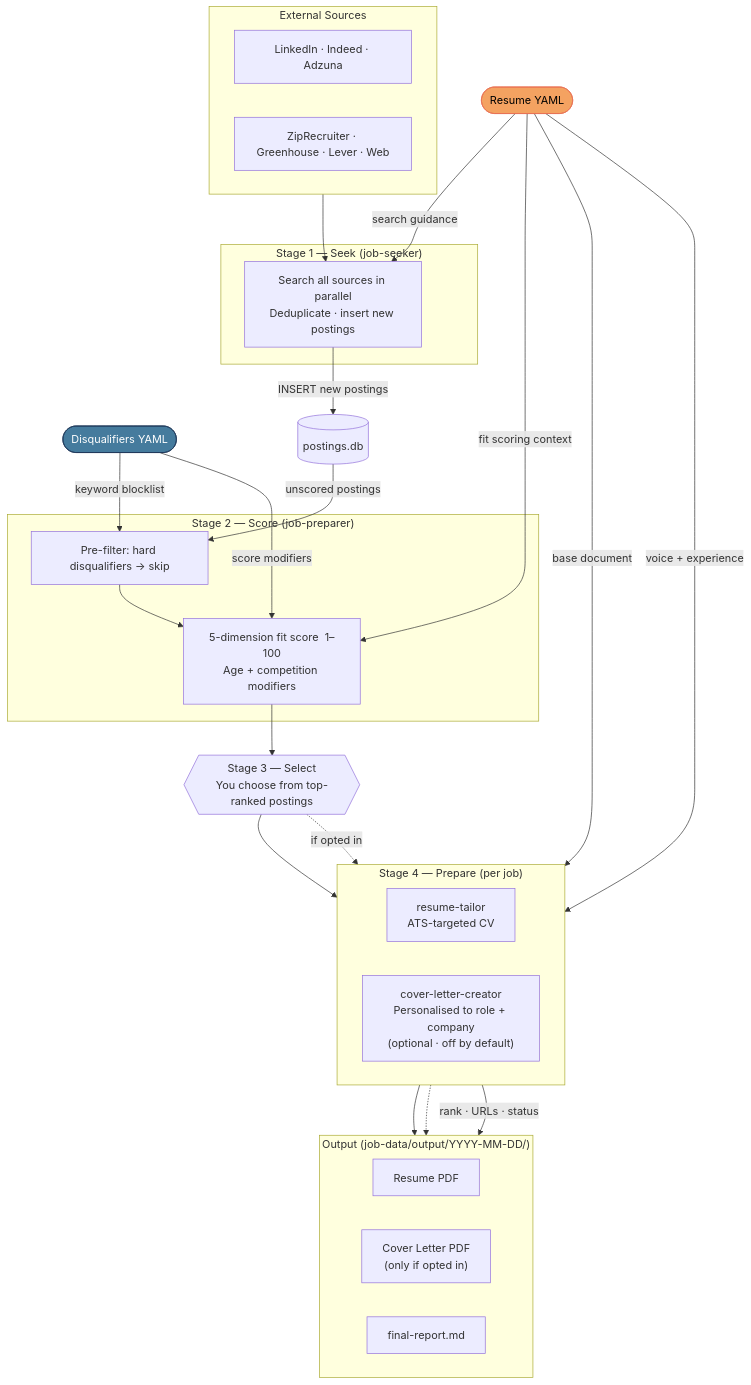
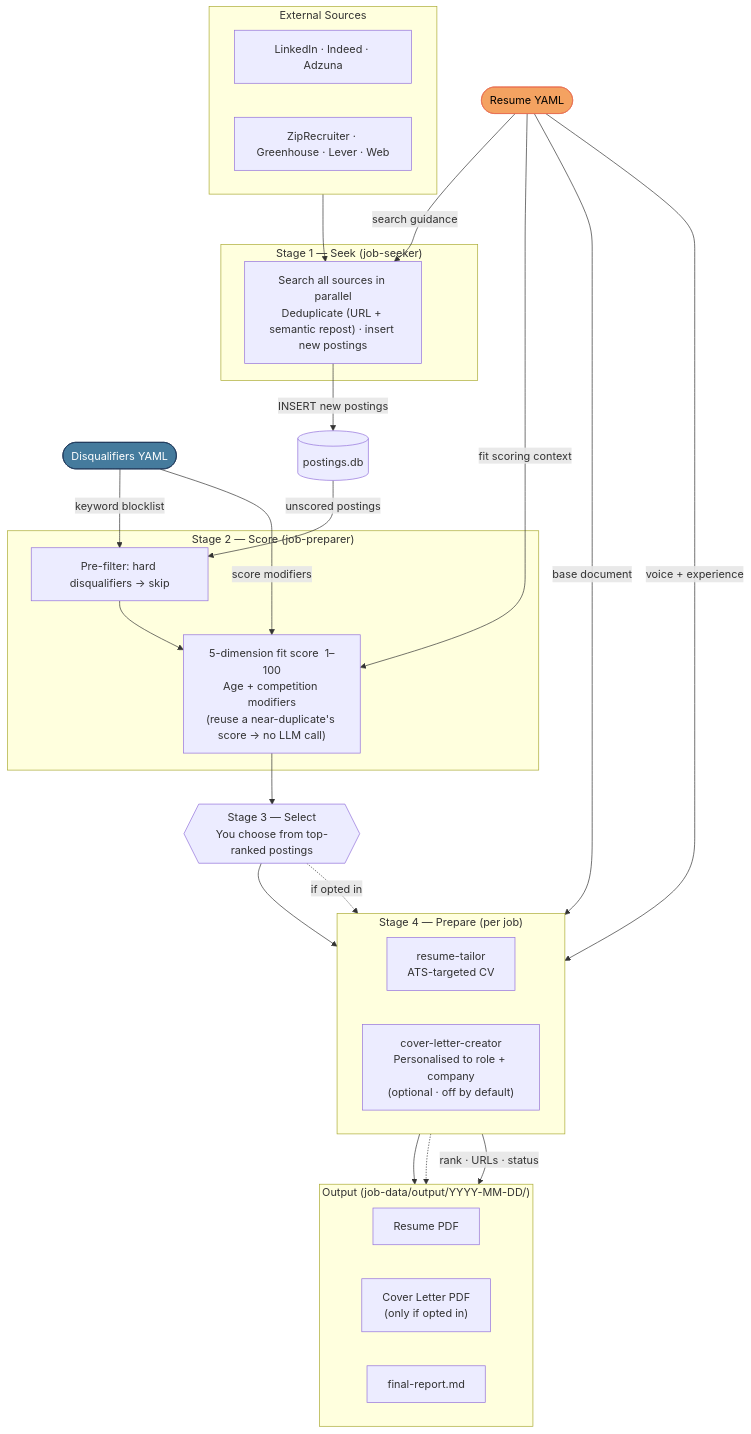
One commit to bildzeitung/job-harness changed the diagram in docs/data-flow.mmd. Above: the diagram before and after it, drawn with Mermaid. The commit also changed 3 other files, not shown here.

```diff
--- a/docs/data-flow.mmd
+++ b/docs/data-flow.mmd
@@ -1,57 +1,57 @@
 flowchart TD
     RESUME(["Resume YAML"])
     DISQ(["Disqualifiers YAML"])
 
     subgraph BOARDS ["External Sources"]
         direction LR
         B1["LinkedIn · Indeed · Adzuna"]
         B2["ZipRecruiter · Greenhouse · Lever · Web"]
     end
 
     subgraph SEEK ["Stage 1 — Seek    (job-seeker)"]
-        S["Search all sources in parallel<br>Deduplicate · insert new postings"]
+        S["Search all sources in parallel<br>Deduplicate (URL + semantic repost) · insert new postings"]
     end
 
     DB[("postings.db")]
 
     subgraph SCORE ["Stage 2 — Score    (job-preparer)"]
         F["Pre-filter: hard disqualifiers → skip"]
-        SC["5-dimension fit score  1–100<br>Age + competition modifiers"]
+        SC["5-dimension fit score  1–100<br>Age + competition modifiers<br>(reuse a near-duplicate's score → no LLM call)"]
         F --> SC
     end
 
     SEL{{"Stage 3 — Select<br>You choose from top-ranked postings"}}
 
     subgraph PREP ["Stage 4 — Prepare    (per job)"]
         direction LR
         T["resume-tailor<br>ATS-targeted CV"]
         C["cover-letter-creator<br>Personalised to role + company<br>(optional · off by default)"]
     end
 
     subgraph OUT ["Output    (job-data/output/YYYY-MM-DD/)"]
         direction LR
         RP["Resume PDF"]
         CL["Cover Letter PDF<br>(only if opted in)"]
         FR["final-report.md"]
     end
 
     BOARDS  --> S
     RESUME  -->|"search guidance"| S
     S       -->|"INSERT new postings"| DB
     DB      -->|"unscored postings"| F
     DISQ    -->|"keyword blocklist"| F
     RESUME  -->|"fit scoring context"| SC
     DISQ    -->|"score modifiers"| SC
     SC      --> SEL
     SEL     --> T
     SEL     -.->|"if opted in"| C
     RESUME  -->|"base document"| T
     RESUME  -->|"voice + experience"| C
     T       --> RP
     C       -.-> CL
     PREP    -->|"rank · URLs · status"| FR
 
     classDef resumeNode fill:#f4a261,stroke:#e76f51,color:#000
     classDef disqNode fill:#457b9d,stroke:#1d3557,color:#fff
     class RESUME resumeNode
     class DISQ disqNode
```
